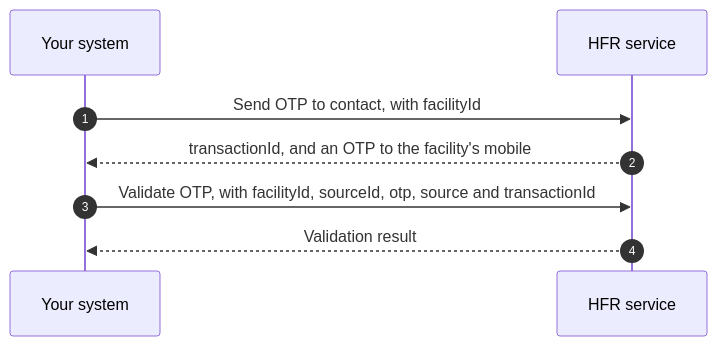
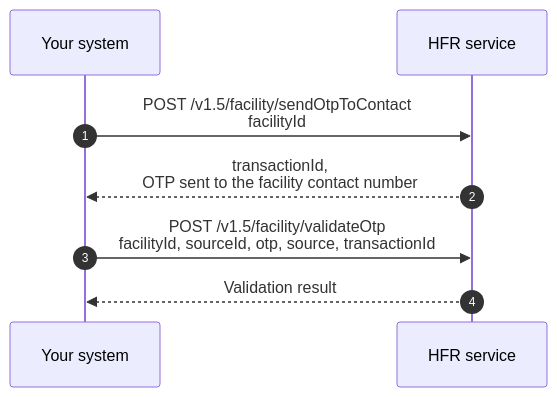
The fifth of 6 diagrams in site/docs/hiecm/v3/milestones/m4.mdx (nha-in/docs), drawn with Mermaid before and after one commit. The commit also changed other lines of this file and 4 other files, not shown here.

````diff
--- a/site/docs/hiecm/v3/milestones/m4.mdx
+++ b/site/docs/hiecm/v3/milestones/m4.mdx
@@ -297,11 +307,10 @@
 ```mermaid
 sequenceDiagram
     autonumber
     participant S as Your system
     participant H as HFR service
-
-    S->>H: Send OTP to contact, with facilityId
-    H-->>S: transactionId, and an OTP to the facility's mobile
-    S->>H: Validate OTP, with facilityId, sourceId, otp, source and transactionId
+    S->>H: POST /v1.5/facility/sendOtpToContact<br/>facilityId
+    H-->>S: transactionId,<br/>OTP sent to the facility contact number
+    S->>H: POST /v1.5/facility/validateOtp<br/>facilityId, sourceId, otp, source, transactionId
     H-->>S: Validation result
 ```
````
